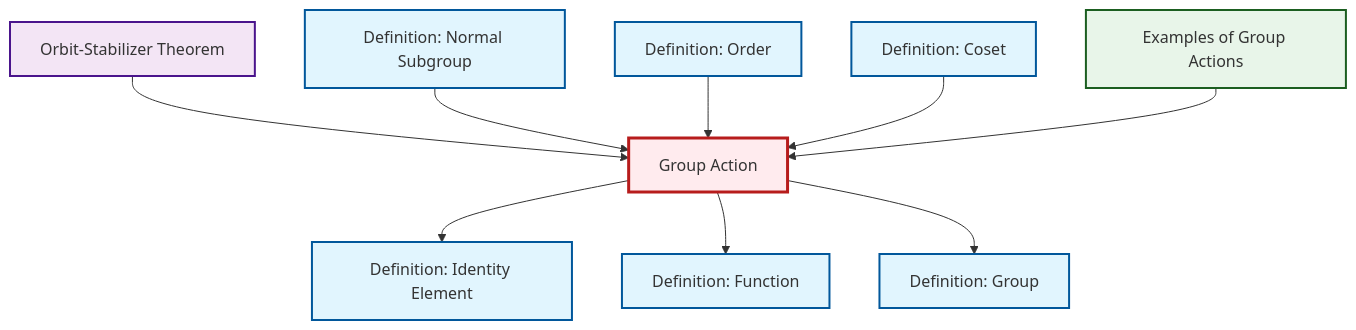
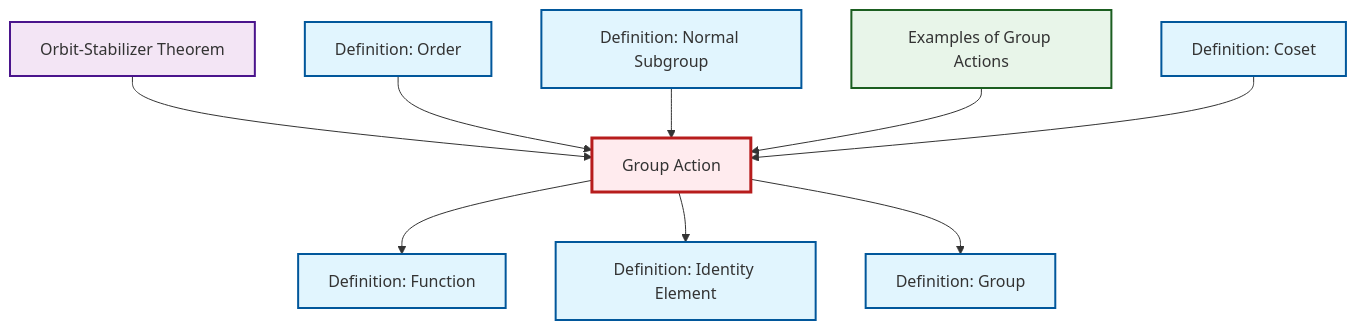
One commit to RK0429/ModernMath changed the diagram in content/en/algebra/def-group-action.qmd. Above: the diagram before and after it, drawn with Mermaid. The commit also changed other lines of this file and 619 other files, not shown here.

````diff
--- a/content/en/algebra/def-group-action.qmd
+++ b/content/en/algebra/def-group-action.qmd
@@ -61,35 +61,35 @@
 ```{mermaid}
 %%| fig-cap: "Local dependency graph"
 graph TD
     classDef definition fill:#e1f5fe,stroke:#01579b,stroke-width:2px
     classDef theorem fill:#f3e5f5,stroke:#4a148c,stroke-width:2px
     classDef axiom fill:#fff3e0,stroke:#e65100,stroke-width:2px
     classDef example fill:#e8f5e9,stroke:#1b5e20,stroke-width:2px
     classDef current fill:#ffebee,stroke:#b71c1c,stroke-width:3px
-    def-identity-element["Definition: Identity Element"]:::definition
-    def-order["Definition: Order"]:::definition
-    def-group-action["Group Action"]:::definition
-    ex-group-action-examples["Examples of Group Actions"]:::example
-    def-function["Definition: Function"]:::definition
-    def-coset["Definition: Coset"]:::definition
-    thm-orbit-stabilizer["Orbit-Stabilizer Theorem"]:::theorem
     def-normal-subgroup["Definition: Normal Subgroup"]:::definition
     def-group["Definition: Group"]:::definition
+    def-coset["Definition: Coset"]:::definition
+    def-group-action["Group Action"]:::definition
+    thm-orbit-stabilizer["Orbit-Stabilizer Theorem"]:::theorem
+    def-order["Definition: Order"]:::definition
+    def-function["Definition: Function"]:::definition
+    ex-group-action-examples["Examples of Group Actions"]:::example
+    def-identity-element["Definition: Identity Element"]:::definition
+    def-group-action --> def-function
+    thm-orbit-stabilizer --> def-group-action
     def-group-action --> def-identity-element
-    thm-orbit-stabilizer --> def-group-action
+    def-order --> def-group-action
+    def-group-action --> def-group
     def-normal-subgroup --> def-group-action
-    def-group-action --> def-function
-    def-group-action --> def-group
-    def-order --> def-group-action
+    ex-group-action-examples --> def-group-action
     def-coset --> def-group-action
-    ex-group-action-examples --> def-group-action
     class def-group-action current
-    click def-identity-element "def-identity-element.html" "Go to Identity Element definition"
-    click def-order "def-order.html" "Go to Order definition"
-    click ex-group-action-examples "ex-group-action-examples.html" "Go to Examples of Group Actions"
-    click def-function "def-function.html" "Go to Function definition"
+    click def-normal-subgroup "def-normal-subgroup.html" "Go to Normal Subgroup definition"
+    click def-group "def-group.html" "Go to Group definition"
     click def-coset "def-coset.html" "Go to Coset definition"
     click thm-orbit-stabilizer "thm-orbit-stabilizer.html" "Go to Orbit-Stabilizer Theorem"
-    click def-normal-subgroup "def-normal-subgroup.html" "Go to Normal Subgroup definition"
-    click def-group "def-group.html" "Go to Group definition"
+    click def-order "def-order.html" "Go to Order definition"
+    click def-function "def-function.html" "Go to Function definition"
+    click ex-group-action-examples "ex-group-action-examples.html" "Go to Examples of Group Actions"
+    click def-identity-element "def-identity-element.html" "Go to Identity Element definition"
 ```
````
